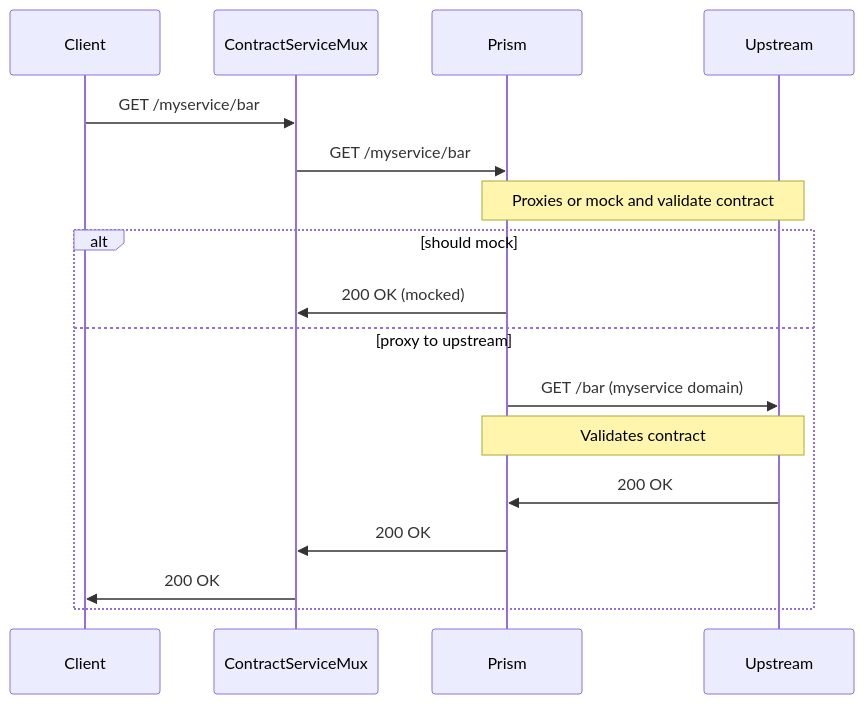
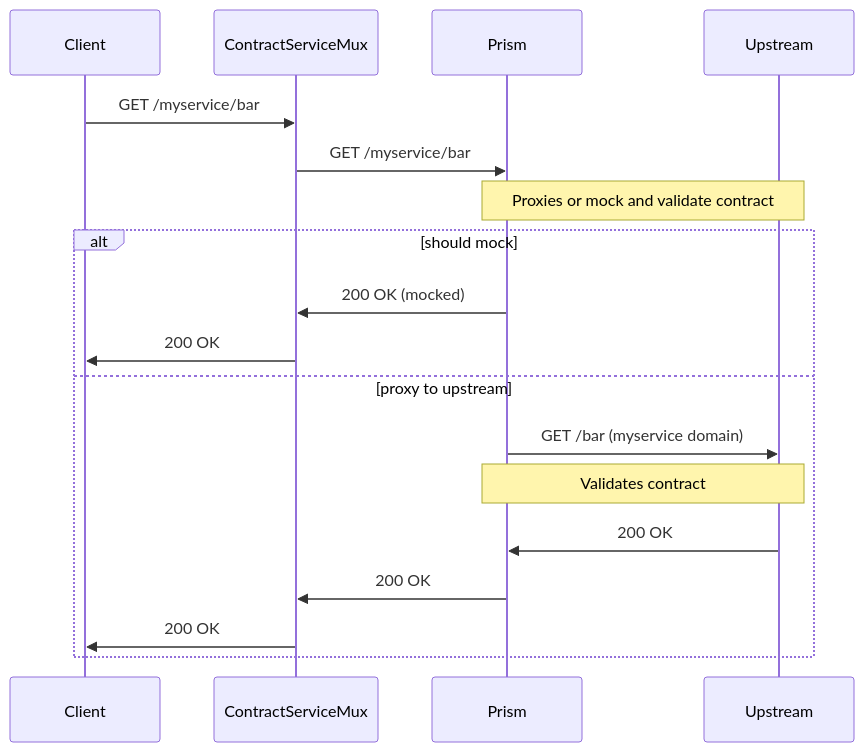
One commit to cristianoliveira/contract-testing-mux changed the diagram in README.md. Above: the diagram before and after it, drawn with Mermaid.

Commit message:
docs: fix sequence diagram

````diff
--- a/README.md
+++ b/README.md
@@ -72,20 +72,21 @@
 ```mermaid
 sequenceDiagram
     participant Client
     participant ContractServiceMux
     participant Prism
     participant Upstream
 
     Client->>ContractServiceMux: GET /myservice/bar
     ContractServiceMux->>Prism: GET /myservice/bar
     Note over Prism, Upstream: Proxies or mock and validate contract
     alt should mock
         Prism->>ContractServiceMux: 200 OK (mocked)
+        ContractServiceMux->>Client: 200 OK
     else proxy to upstream
         Prism->>Upstream: GET /bar (myservice domain)
         Note over Upstream, Prism: Validates contract
         Upstream->>Prism: 200 OK
         Prism->>ContractServiceMux: 200 OK
         ContractServiceMux->>Client: 200 OK
     end
 ```
````
